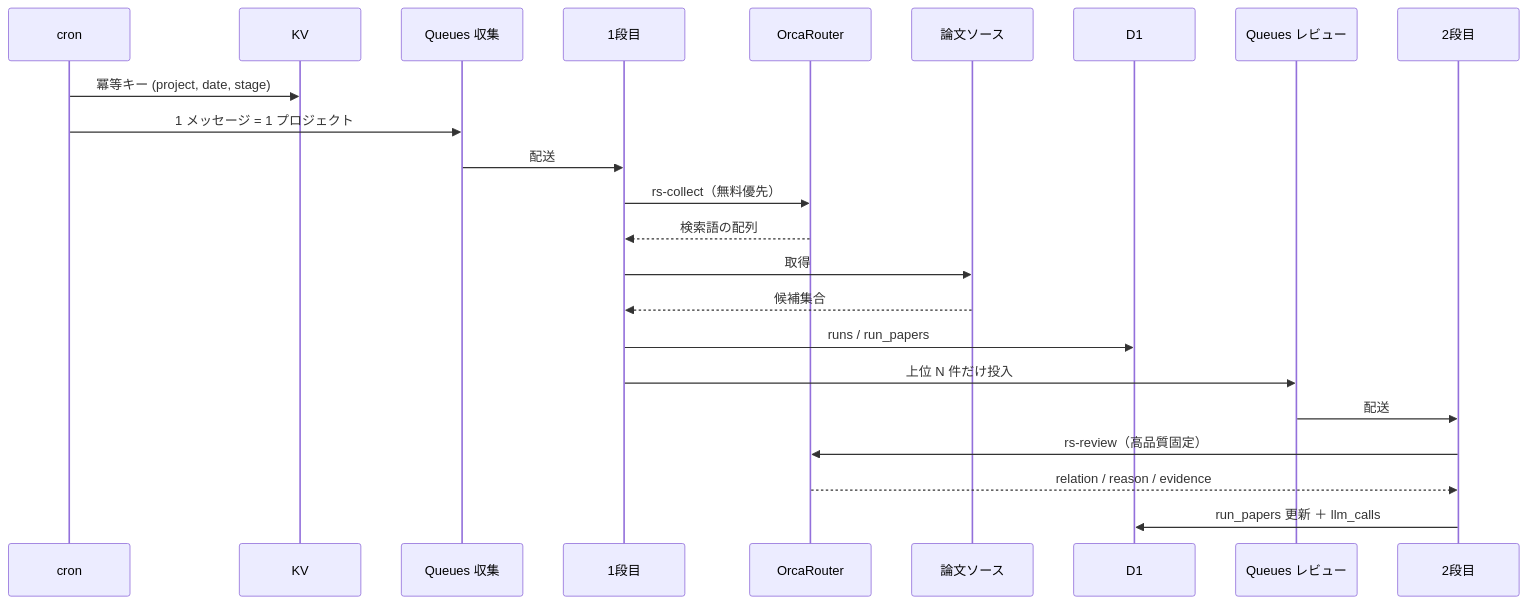
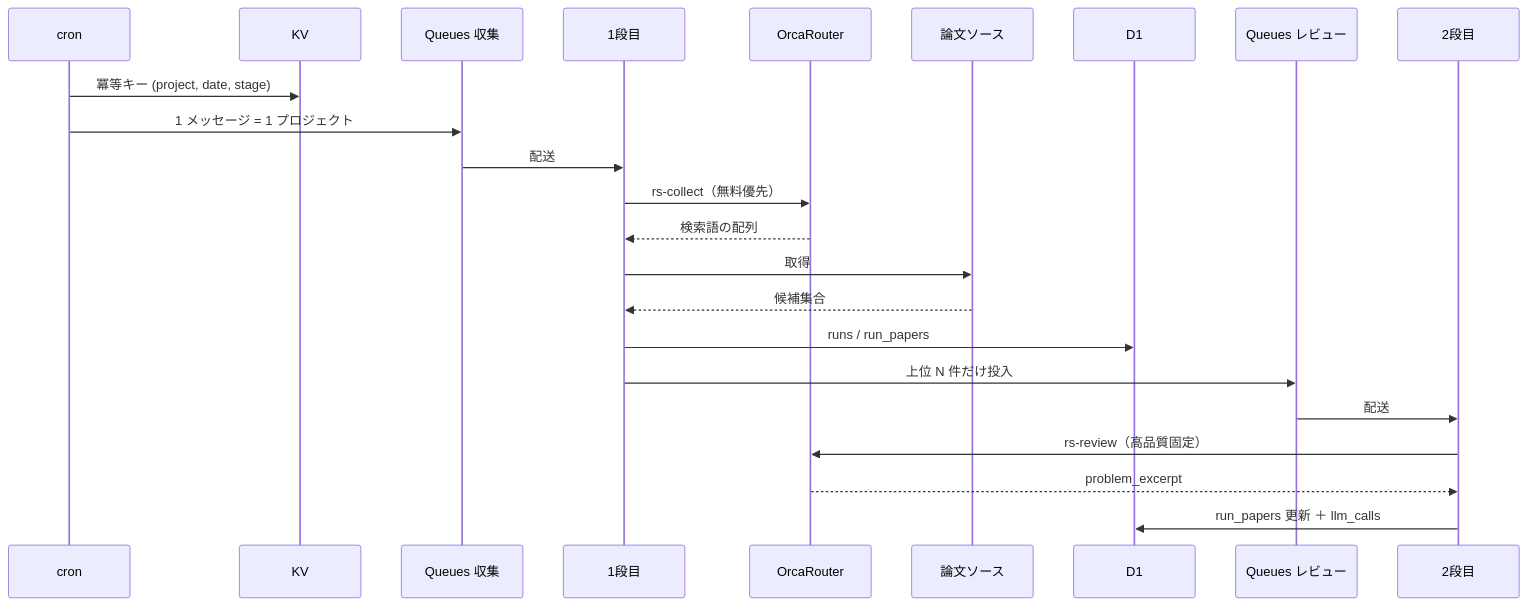
One commit to uzak0209/AI-Research changed the second of 5 diagrams in docs/adr/0005-cloud-trend-survey-model-tiering.md. Above: the diagram before and after it, drawn with Mermaid. The commit also changed other lines of this file and 1 other file, not shown here.

First line of the commit message:
fix: ADR-0005 の relation/reason/evidence 残存記述を課題文抜粋に統一

````diff
--- a/docs/adr/0005-cloud-trend-survey-model-tiering.md
+++ b/docs/adr/0005-cloud-trend-survey-model-tiering.md
@@ -102,26 +102,26 @@
 ```mermaid
 sequenceDiagram
     participant C as cron
     participant K as KV
     participant Q1 as Queues 収集
     participant W1 as 1段目
     participant R as OrcaRouter
     participant S as 論文ソース
     participant D as D1
     participant Q2 as Queues レビュー
     participant W2 as 2段目
 
     C->>K: 冪等キー (project, date, stage)
     C->>Q1: 1 メッセージ = 1 プロジェクト
     Q1->>W1: 配送
     W1->>R: rs-collect（無料優先）
     R-->>W1: 検索語の配列
     W1->>S: 取得
     S-->>W1: 候補集合
     W1->>D: runs / run_papers
     W1->>Q2: 上位 N 件だけ投入
     Q2->>W2: 配送
     W2->>R: rs-review（高品質固定）
-    R-->>W2: relation / reason / evidence
+    R-->>W2: problem_excerpt
     W2->>D: run_papers 更新 ＋ llm_calls
 ```
````
